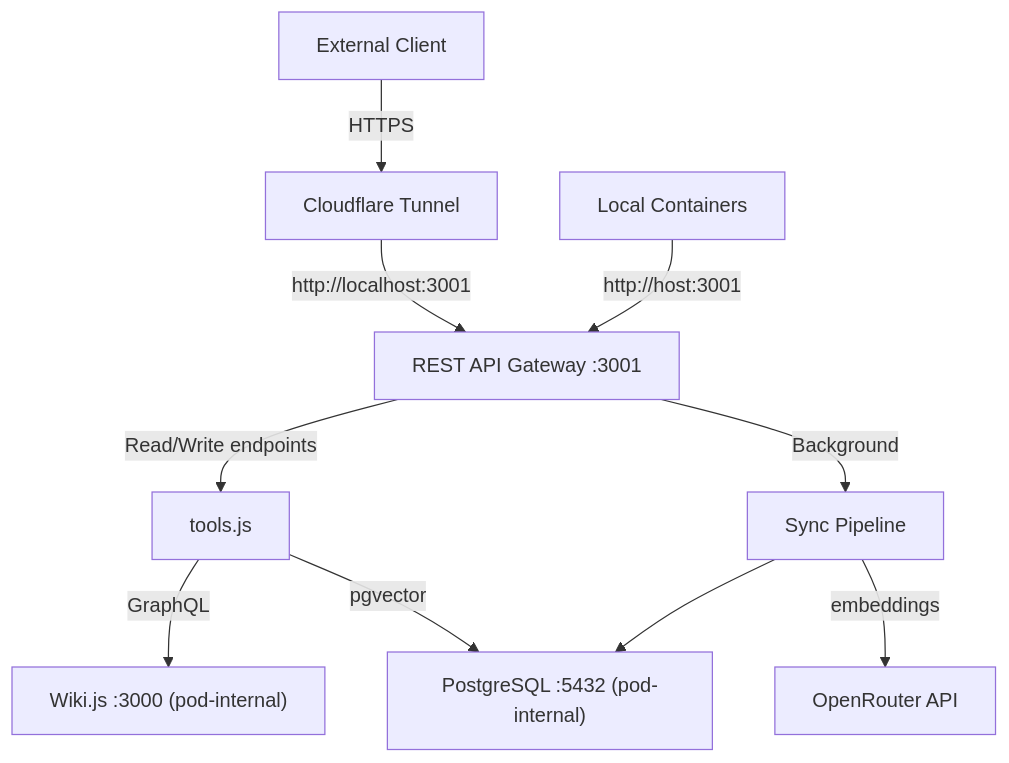
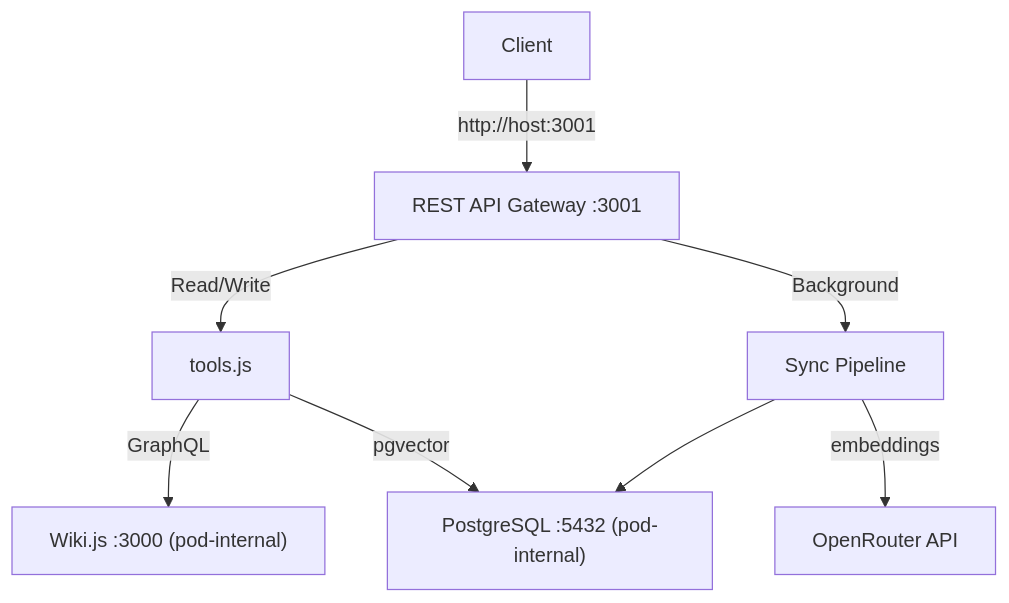
The diagram in README.md (dweibel/wikijs-infra), drawn with Mermaid before and after one commit. The commit also changed other lines of this file and 5 other files, not shown here.

````diff
--- a/README.md
+++ b/README.md
@@ -21,12 +20,10 @@
 ```mermaid
 graph TD
-    ExtClient["External Client"] -->|"HTTPS"| CF["Cloudflare Tunnel"]
-    CF -->|"http://localhost:3001"| GW["REST API Gateway :3001"]
-    LocalClient["Local Containers"] -->|"http://host:3001"| GW
-    GW -->|"Read/Write endpoints"| Tools["tools.js"]
+    Client["Client"] -->|"http://host:3001"| GW["REST API Gateway :3001"]
+    GW -->|"Read/Write"| Tools["tools.js"]
     Tools -->|"GraphQL"| Wiki["Wiki.js :3000 (pod-internal)"]
     Tools -->|"pgvector"| DB["PostgreSQL :5432 (pod-internal)"]
     GW -->|"Background"| Sync["Sync Pipeline"]
     Sync -->|"embeddings"| OpenRouter["OpenRouter API"]
     Sync --> DB
 ```
````
